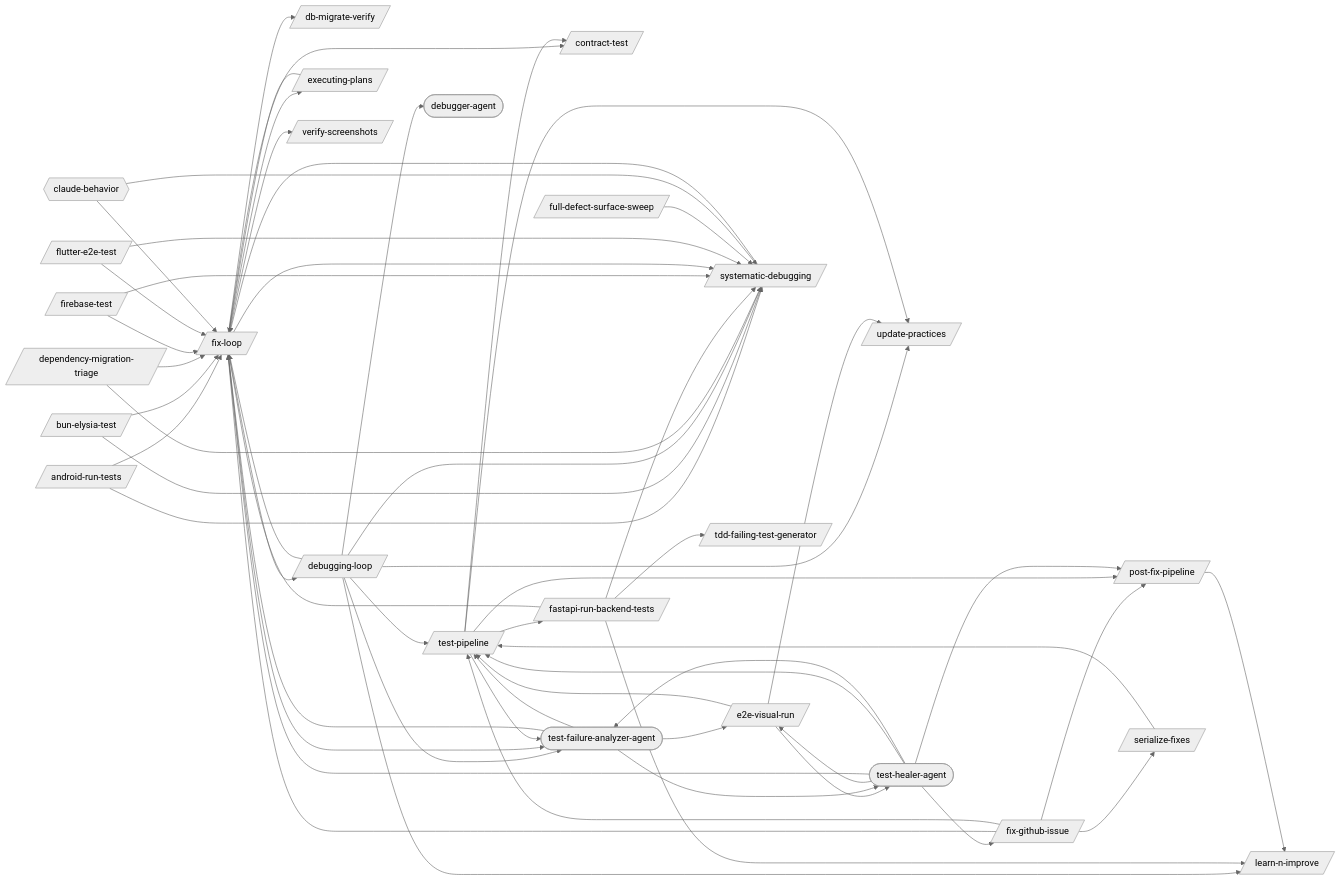
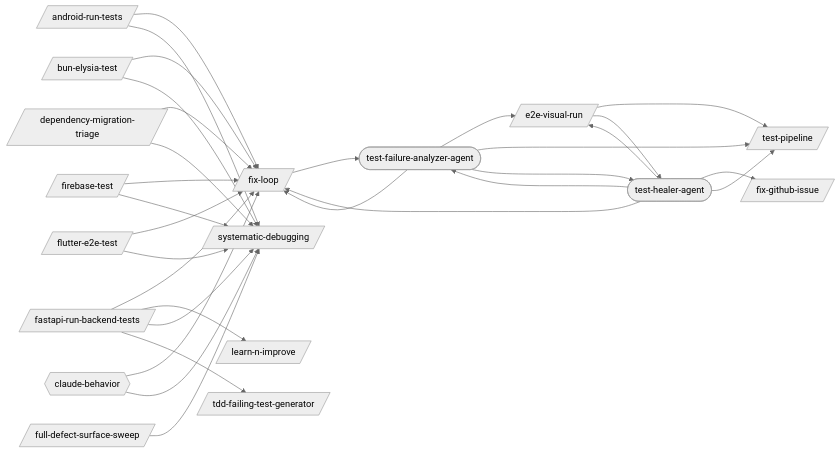
One commit to abhayla/claude-best-practices changed the first of 15 diagrams in docs/workflows/debugging-loop.md. Above: the diagram before and after it, drawn with Mermaid (neutral theme). The commit also changed other lines of this file and 64 other files, not shown here.

```diff
--- a/docs/workflows/debugging-loop.md
+++ b/docs/workflows/debugging-loop.md
@@ -10,12 +10,8 @@
 graph LR
     android_run_tests[/android-run-tests/]
     bun_elysia_test[/bun-elysia-test/]
-    contract_test[/contract-test/]
-    db_migrate_verify[/db-migrate-verify/]
-    debugging_loop[/debugging-loop/]
     dependency_migration_triage[/dependency-migration-triage/]
     e2e_visual_run[/e2e-visual-run/]
-    executing_plans[/executing-plans/]
     fastapi_run_backend_tests[/fastapi-run-backend-tests/]
     firebase_test[/firebase-test/]
     fix_github_issue[/fix-github-issue/]
@@ -23,14 +19,9 @@
     flutter_e2e_test[/flutter-e2e-test/]
     full_defect_surface_sweep[/full-defect-surface-sweep/]
     learn_n_improve[/learn-n-improve/]
-    post_fix_pipeline[/post-fix-pipeline/]
-    serialize_fixes[/serialize-fixes/]
     systematic_debugging[/systematic-debugging/]
     tdd_failing_test_generator[/tdd-failing-test-generator/]
     test_pipeline[/test-pipeline/]
-    update_practices[/update-practices/]
-    verify_screenshots[/verify-screenshots/]
-    debugger_agent([debugger-agent])
     test_failure_analyzer_agent([test-failure-analyzer-agent])
     test_healer_agent([test-healer-agent])
     claude_behavior{{claude-behavior}}
@@ -38,47 +29,20 @@
     android_run_tests --> systematic_debugging
     bun_elysia_test --> fix_loop
     bun_elysia_test --> systematic_debugging
-    debugging_loop --> fix_loop
-    debugging_loop --> learn_n_improve
-    debugging_loop --> systematic_debugging
-    debugging_loop --> test_pipeline
-    debugging_loop --> update_practices
-    debugging_loop --> debugger_agent
-    debugging_loop --> test_failure_analyzer_agent
     dependency_migration_triage --> fix_loop
     dependency_migration_triage --> systematic_debugging
     e2e_visual_run --> test_pipeline
-    e2e_visual_run --> update_practices
     e2e_visual_run --> test_healer_agent
-    executing_plans --> fix_loop
     fastapi_run_backend_tests --> fix_loop
     fastapi_run_backend_tests --> learn_n_improve
     fastapi_run_backend_tests --> systematic_debugging
     fastapi_run_backend_tests --> tdd_failing_test_generator
     firebase_test --> fix_loop
     firebase_test --> systematic_debugging
-    fix_github_issue --> fix_loop
-    fix_github_issue --> post_fix_pipeline
-    fix_github_issue --> serialize_fixes
-    fix_github_issue --> test_pipeline
-    fix_loop --> contract_test
-    fix_loop --> db_migrate_verify
-    fix_loop --> debugging_loop
-    fix_loop --> executing_plans
-    fix_loop --> systematic_debugging
-    fix_loop --> verify_screenshots
     fix_loop --> test_failure_analyzer_agent
     flutter_e2e_test --> fix_loop
     flutter_e2e_test --> systematic_debugging
     full_defect_surface_sweep --> systematic_debugging
-    post_fix_pipeline --> learn_n_improve
-    serialize_fixes --> test_pipeline
-    systematic_debugging --> fix_loop
-    test_pipeline --> contract_test
-    test_pipeline --> fastapi_run_backend_tests
-    test_pipeline --> post_fix_pipeline
-    test_pipeline --> update_practices
-    test_pipeline --> test_failure_analyzer_agent
     test_failure_analyzer_agent --> e2e_visual_run
     test_failure_analyzer_agent --> fix_loop
     test_failure_analyzer_agent --> test_pipeline
@@ -86,7 +50,6 @@
     test_healer_agent --> e2e_visual_run
     test_healer_agent --> fix_github_issue
     test_healer_agent --> fix_loop
-    test_healer_agent --> post_fix_pipeline
     test_healer_agent --> test_pipeline
     test_healer_agent --> test_failure_analyzer_agent
     claude_behavior --> fix_loop
```
